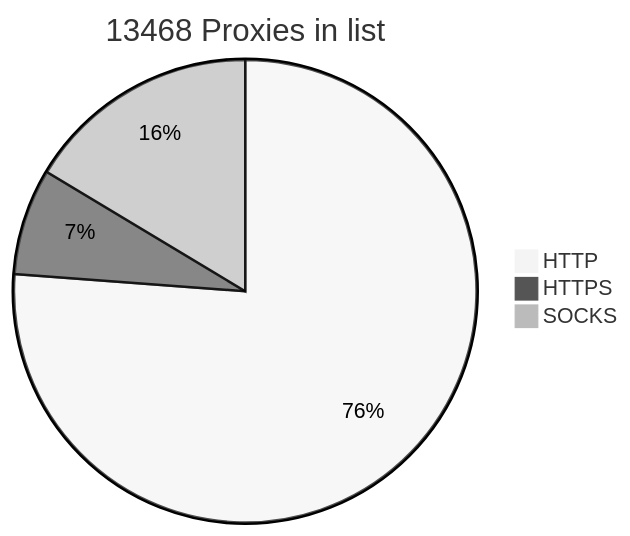
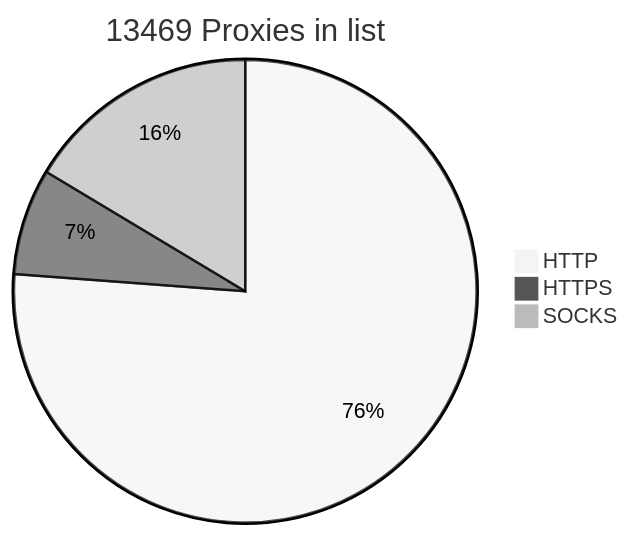
One commit to BlackSnowDot/proxylist-update-every-minute changed the diagram in README.md. Above: the diagram before and after it, drawn with Mermaid (neutral theme).

````diff
--- a/README.md
+++ b/README.md
@@ -2,6 +2,6 @@
 ```mermaid
-pie title 13468 Proxies in list
+pie title 13469 Proxies in list
     "HTTP" : 10447
     "HTTPS": 1018
-    "SOCKS" : 2247
+    "SOCKS" : 2248
 ```
````
